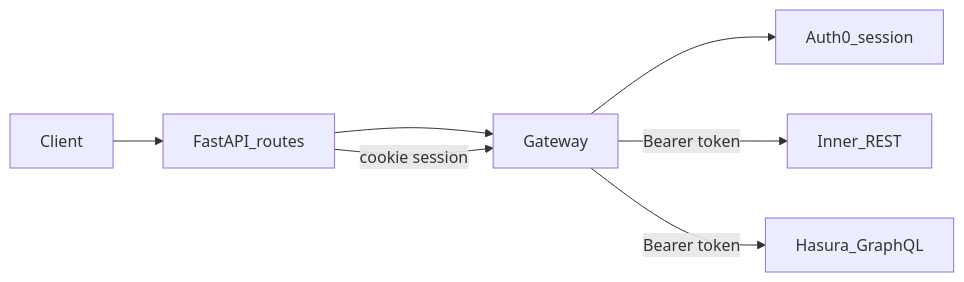
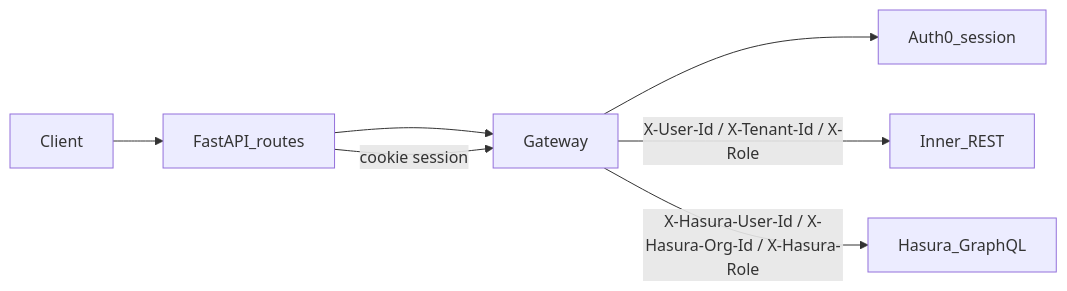
One commit to KrystianTelizyn/cardio-trace-gateway changed the diagram in README.md. Above: the diagram before and after it, drawn with Mermaid. The commit also changed other lines of this file and 24 other files, not shown here.

````diff
--- a/README.md
+++ b/README.md
@@ -15,16 +15,16 @@
 ```mermaid
 flowchart LR
   client[Client]
   fastapi[FastAPI_routes]
   gateway[Gateway]
   auth0[Auth0_session]
   inner[Inner_REST]
   hasura[Hasura_GraphQL]
 
   client --> fastapi
   fastapi --> gateway
   gateway --> auth0
   fastapi -->|"cookie session"| gateway
-  gateway -->|"Bearer token"| inner
-  gateway -->|"Bearer token"| hasura
+  gateway -->|"X-User-Id / X-Tenant-Id / X-Role"| inner
+  gateway -->|"X-Hasura-User-Id / X-Hasura-Org-Id / X-Hasura-Role"| hasura
 ```
````
